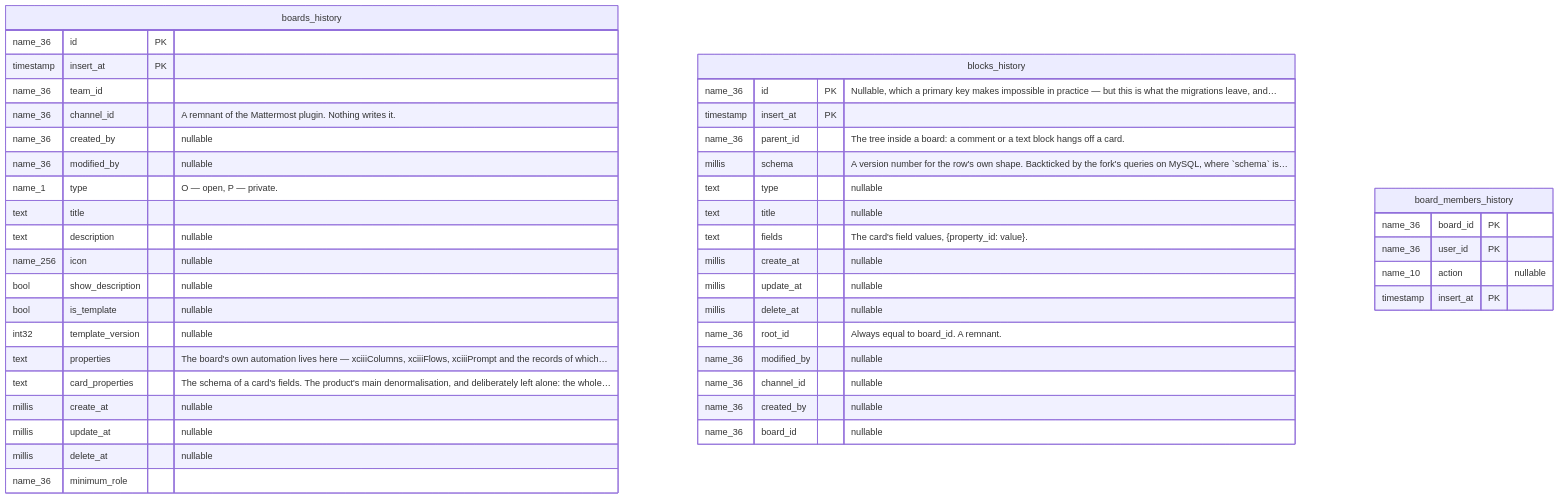
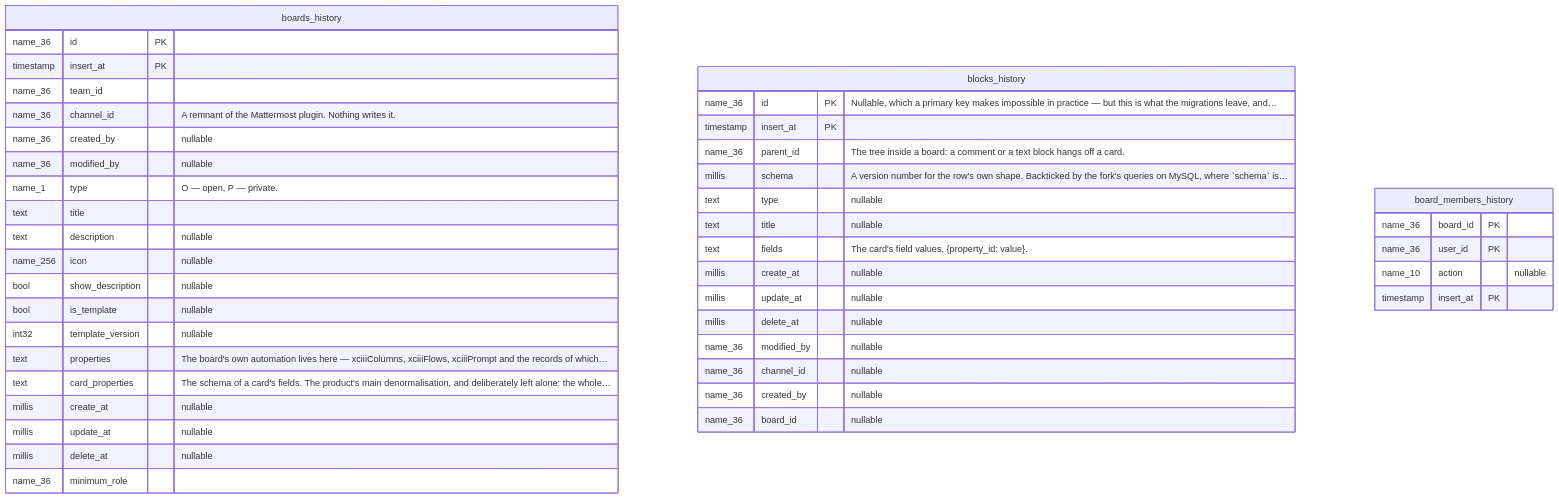
Before and after one commit to artipop/xciii: the second of 8 diagrams in docs/schema/erd.md, drawn with Mermaid. The commit also changed other lines of this file and 9 other files, not shown here.

````diff
--- a/docs/schema/erd.md
+++ b/docs/schema/erd.md
@@ -198,48 +194,47 @@
 ```mermaid
 erDiagram
 
     boards_history {
         name_36 id PK
         timestamp insert_at PK
         name_36 team_id
         name_36 channel_id "A remnant of the Mattermost plugin. Nothing writes it."
         name_36 created_by "nullable"
         name_36 modified_by "nullable"
         name_1 type "O — open, P — private."
         text title
         text description "nullable"
         name_256 icon "nullable"
         bool show_description "nullable"
         bool is_template "nullable"
         int32 template_version "nullable"
         text properties "The board's own automation lives here — xciiiColumns, xciiiFlows, xciiiPrompt and the records of which…"
         text card_properties "The schema of a card's fields. The product's main denormalisation, and deliberately left alone: the whole…"
         millis create_at "nullable"
         millis update_at "nullable"
         millis delete_at "nullable"
         name_36 minimum_role
     }
     blocks_history {
         name_36 id PK "Nullable, which a primary key makes impossible in practice — but this is what the migrations leave, and…"
         timestamp insert_at PK
         name_36 parent_id "The tree inside a board: a comment or a text block hangs off a card."
         millis schema "A version number for the row's own shape. Backticked by the fork's queries on MySQL, where `schema` is…"
         text type "nullable"
         text title "nullable"
         text fields "The card's field values, {property_id: value}."
         millis create_at "nullable"
         millis update_at "nullable"
         millis delete_at "nullable"
-        name_36 root_id "Always equal to board_id. A remnant."
         name_36 modified_by "nullable"
         name_36 channel_id "nullable"
         name_36 created_by "nullable"
         name_36 board_id "nullable"
     }
     board_members_history {
         name_36 board_id PK
         name_36 user_id PK
         name_10 action "nullable"
         timestamp insert_at PK
     }
 ```
````
